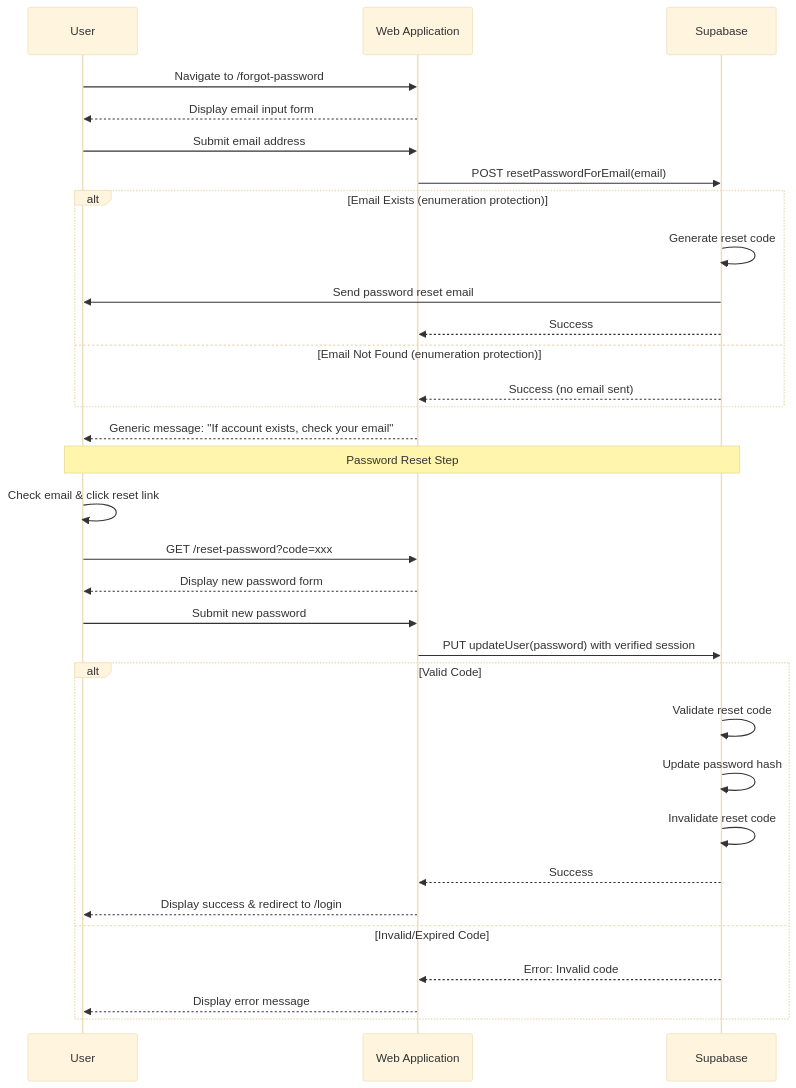
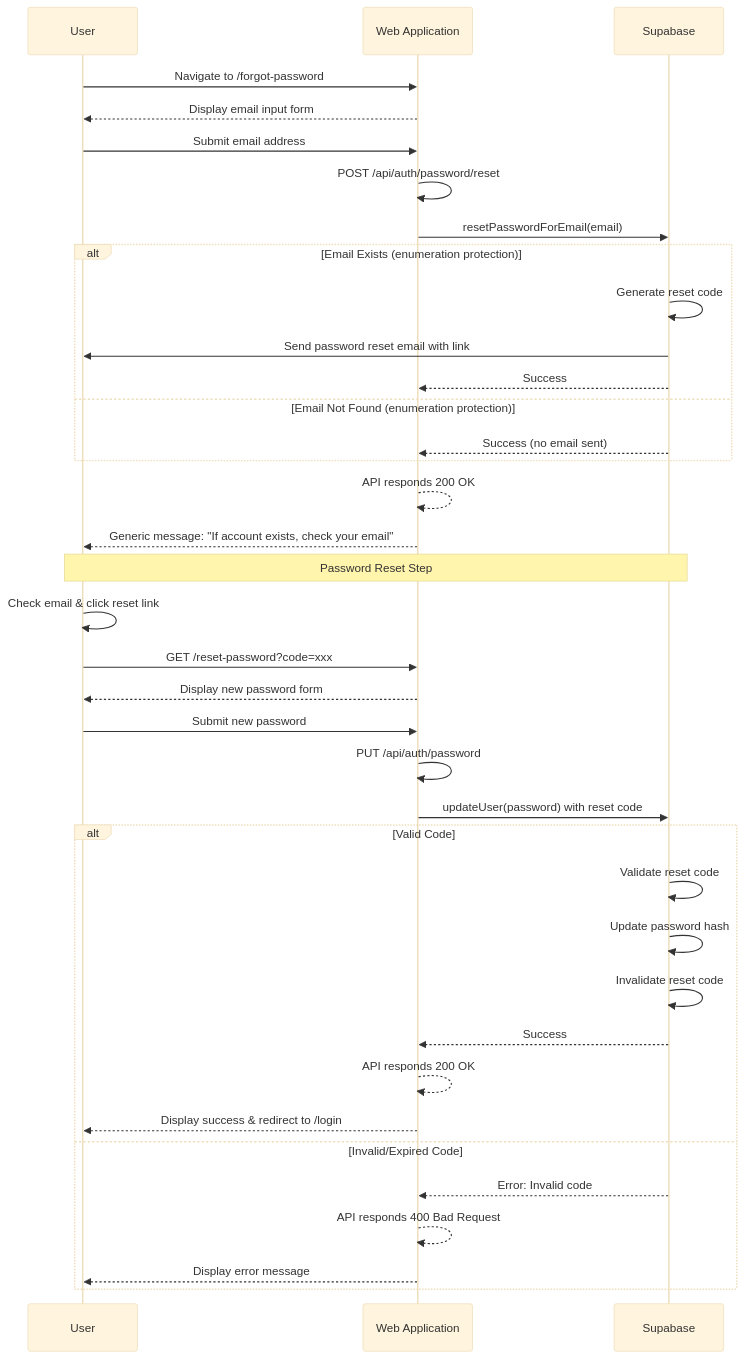
The third of 3 diagrams in docs/decisions/auth-sequence-diagrams.md (allev1985/topten), drawn with Mermaid (base theme) before and after one commit. The commit also changed other lines of this file, not shown here.

First line of the commit message:
feat: Add API layer to authentication sequence diagrams

````diff
--- a/docs/decisions/auth-sequence-diagrams.md
+++ b/docs/decisions/auth-sequence-diagrams.md
@@ -74,42 +80,47 @@
 ```mermaid
 sequenceDiagram
     participant User
     participant WebApp as Web Application
     participant Supabase
 
     User->>WebApp: Navigate to /forgot-password
     WebApp-->>User: Display email input form
 
     User->>WebApp: Submit email address
-    WebApp->>Supabase: POST resetPasswordForEmail(email)
+    WebApp->>WebApp: POST /api/auth/password/reset
+    WebApp->>Supabase: resetPasswordForEmail(email)
 
     alt Email Exists (enumeration protection)
         Supabase->>Supabase: Generate reset code
-        Supabase->>User: Send password reset email
+        Supabase->>User: Send password reset email with link
         Supabase-->>WebApp: Success
     else Email Not Found (enumeration protection)
         Supabase-->>WebApp: Success (no email sent)
     end
 
+    WebApp-->>WebApp: API responds 200 OK
     WebApp-->>User: Generic message: "If account exists, check your email"
 
     Note over User,Supabase: Password Reset Step
 
     User->>User: Check email & click reset link
     User->>WebApp: GET /reset-password?code=xxx
     WebApp-->>User: Display new password form
 
     User->>WebApp: Submit new password
-    WebApp->>Supabase: PUT updateUser(password) with verified session
+    WebApp->>WebApp: PUT /api/auth/password
+    WebApp->>Supabase: updateUser(password) with reset code
 
     alt Valid Code
         Supabase->>Supabase: Validate reset code
         Supabase->>Supabase: Update password hash
         Supabase->>Supabase: Invalidate reset code
         Supabase-->>WebApp: Success
+        WebApp-->>WebApp: API responds 200 OK
         WebApp-->>User: Display success & redirect to /login
     else Invalid/Expired Code
         Supabase-->>WebApp: Error: Invalid code
+        WebApp-->>WebApp: API responds 400 Bad Request
         WebApp-->>User: Display error message
     end
 ```
````
